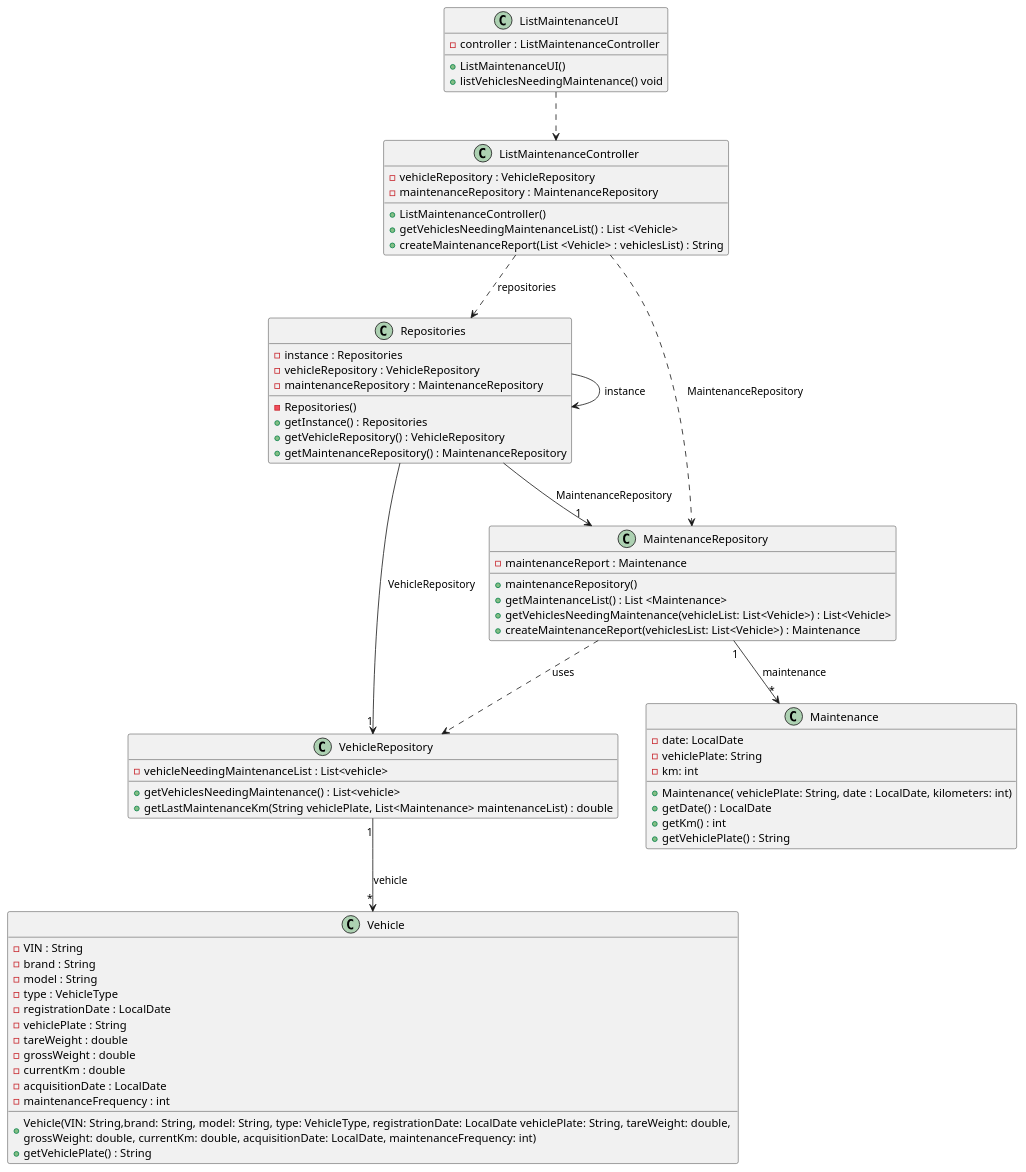
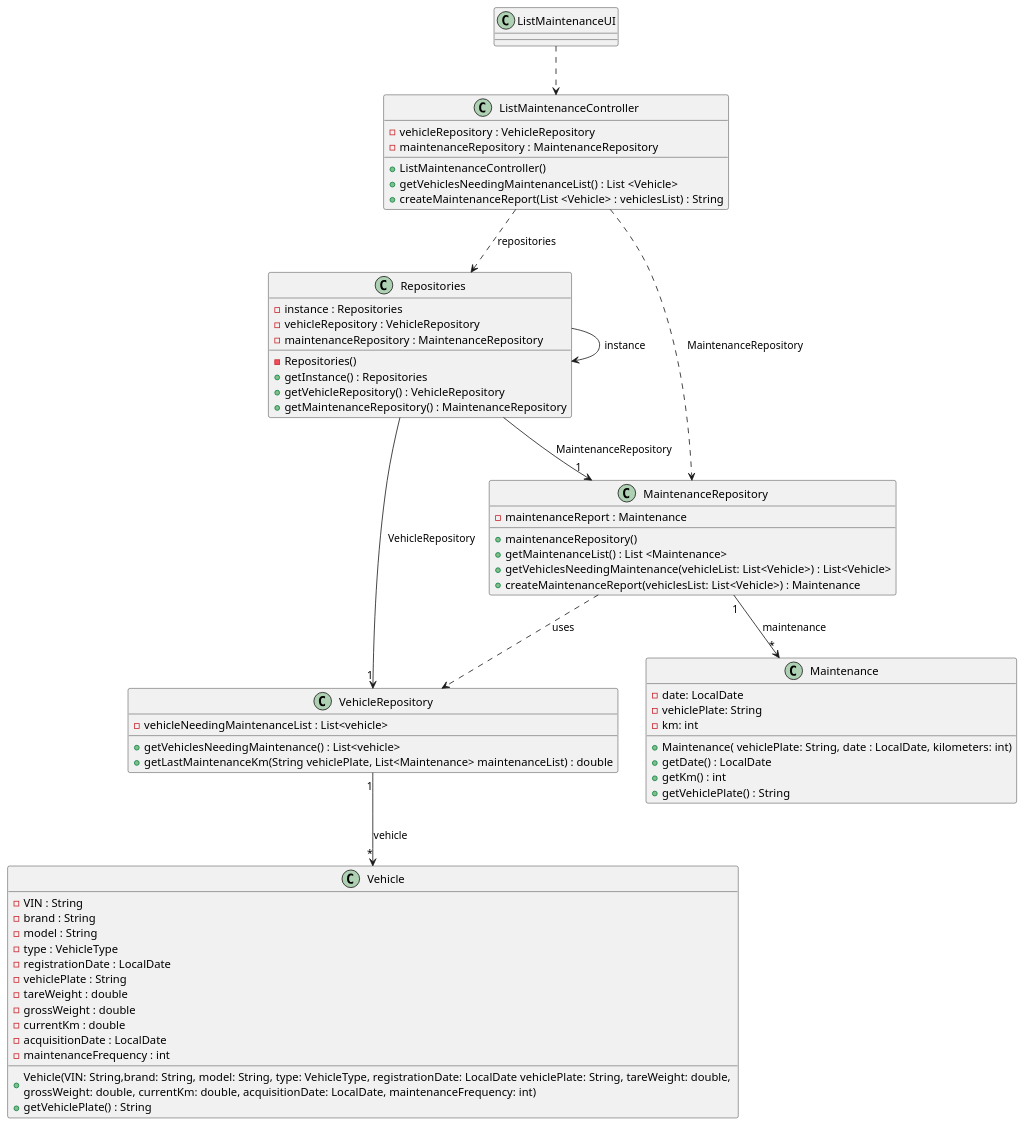
One commit to ricardomm7/leaflink changed the diagram in docs/sprintC/us008/03.design/puml/us008-class-diagram.puml. Above: the diagram before and after it, drawn with PlantUML. The commit also changed 9 other files, not shown here.

```diff
--- a/docs/sprintC/us008/03.design/puml/us008-class-diagram.puml
+++ b/docs/sprintC/us008/03.design/puml/us008-class-diagram.puml
@@ -1,96 +1,93 @@
 @startuml
 skinparam packageStyle rectangle
 skinparam shadowing false
 skinparam line type polyline
 
 class ListMaintenanceUI{
-    - controller : ListMaintenanceController
-    + ListMaintenanceUI()
-    + listVehiclesNeedingMaintenance() void
 }
 
 class ListMaintenanceController {
     - vehicleRepository : VehicleRepository
     - maintenanceRepository : MaintenanceRepository
 
     + ListMaintenanceController()
     + getVehiclesNeedingMaintenanceList() : List <Vehicle>
     + createMaintenanceReport(List <Vehicle> : vehiclesList) : String
 }
 
 class Repositories {
         - instance : Repositories
         - vehicleRepository : VehicleRepository
         - maintenanceRepository : MaintenanceRepository
 
         - Repositories()
         + getInstance() : Repositories
         + getVehicleRepository() : VehicleRepository
         + getMaintenanceRepository() : MaintenanceRepository
 }
 
 class VehicleRepository {
     - vehicleNeedingMaintenanceList : List<vehicle>
 
     + getVehiclesNeedingMaintenance() : List<vehicle>
     + getLastMaintenanceKm(String vehiclePlate, List<Maintenance> maintenanceList) : double
 }
 
 class MaintenanceRepository {
     - maintenanceReport : Maintenance
 
     + maintenanceRepository()
     + getMaintenanceList() : List <Maintenance>
     + getVehiclesNeedingMaintenance(vehicleList: List<Vehicle>) : List<Vehicle>
     + createMaintenanceReport(vehiclesList: List<Vehicle>) : Maintenance
 }
 
 class Vehicle {
      - VIN : String
      - brand : String
      - model : String
      - type : VehicleType
      - registrationDate : LocalDate
      - vehiclePlate : String
      - tareWeight : double
      - grossWeight : double
      - currentKm : double
      - acquisitionDate : LocalDate
      - maintenanceFrequency : int
 
     + Vehicle(VIN: String,brand: String, model: String, type: VehicleType, registrationDate: LocalDate vehiclePlate: String, tareWeight: double, \ngrossWeight: double, currentKm: double, acquisitionDate: LocalDate, maintenanceFrequency: int)
     + getVehiclePlate() : String
 }
 
 
 
 class Maintenance {
     - date: LocalDate
     - vehiclePlate: String
     - km: int
 
     + Maintenance( vehiclePlate: String, date : LocalDate, kilometers: int)
     + getDate() : LocalDate
     + getKm() : int
     + getVehiclePlate() : String
 }
 
 ListMaintenanceUI ..> ListMaintenanceController
 
 ListMaintenanceController ..> Repositories: repositories
 
 Repositories --> Repositories: instance
 
 ListMaintenanceController ..> MaintenanceRepository: MaintenanceRepository
 
 Repositories --> "1"VehicleRepository: VehicleRepository
 
 Repositories --> "1"MaintenanceRepository: MaintenanceRepository
 
 VehicleRepository "1"--> "*"Vehicle: vehicle
 
 MaintenanceRepository  ..>  VehicleRepository: uses
 
 MaintenanceRepository "1"-->"*" Maintenance: maintenance
 
 @enduml
```
